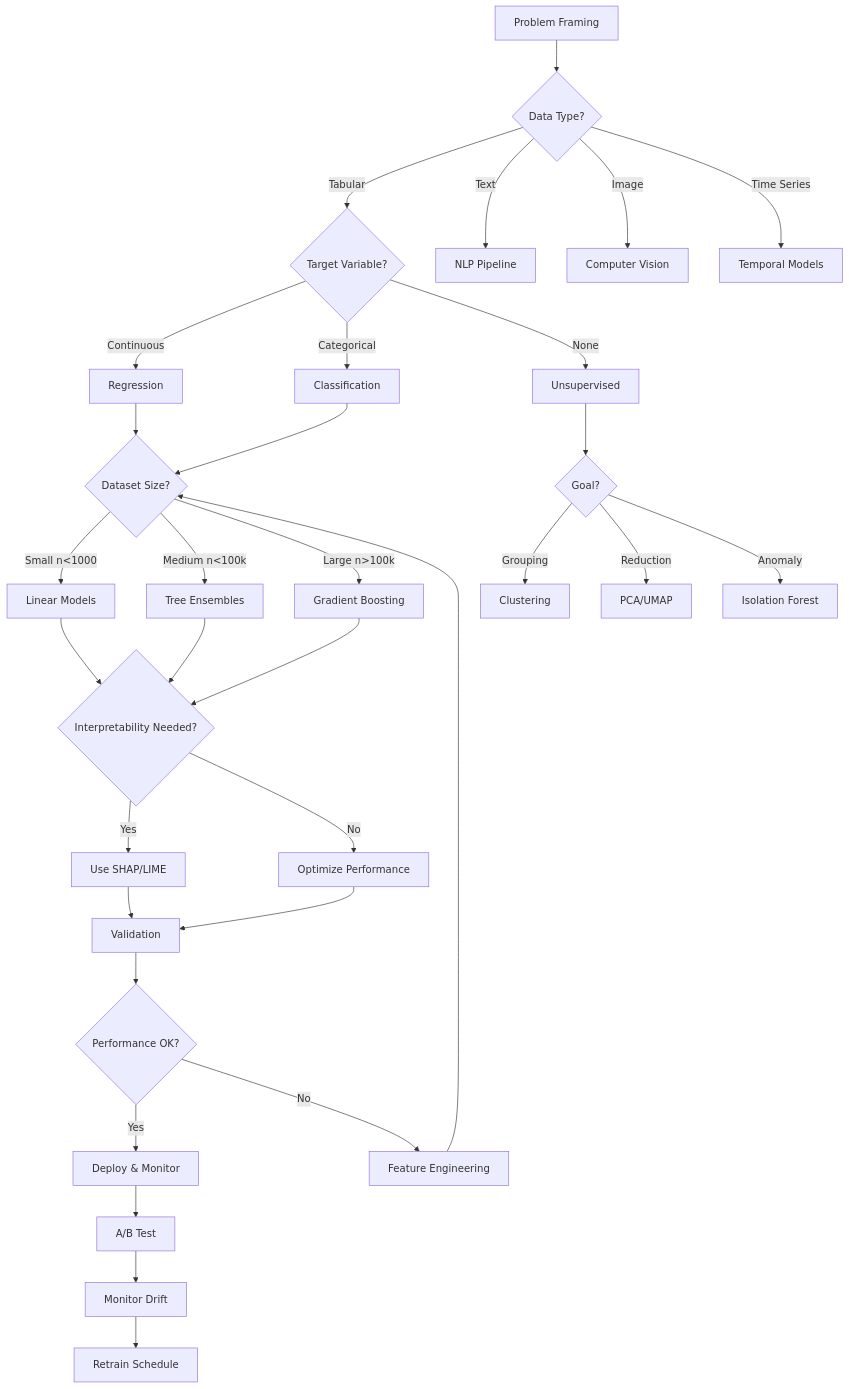
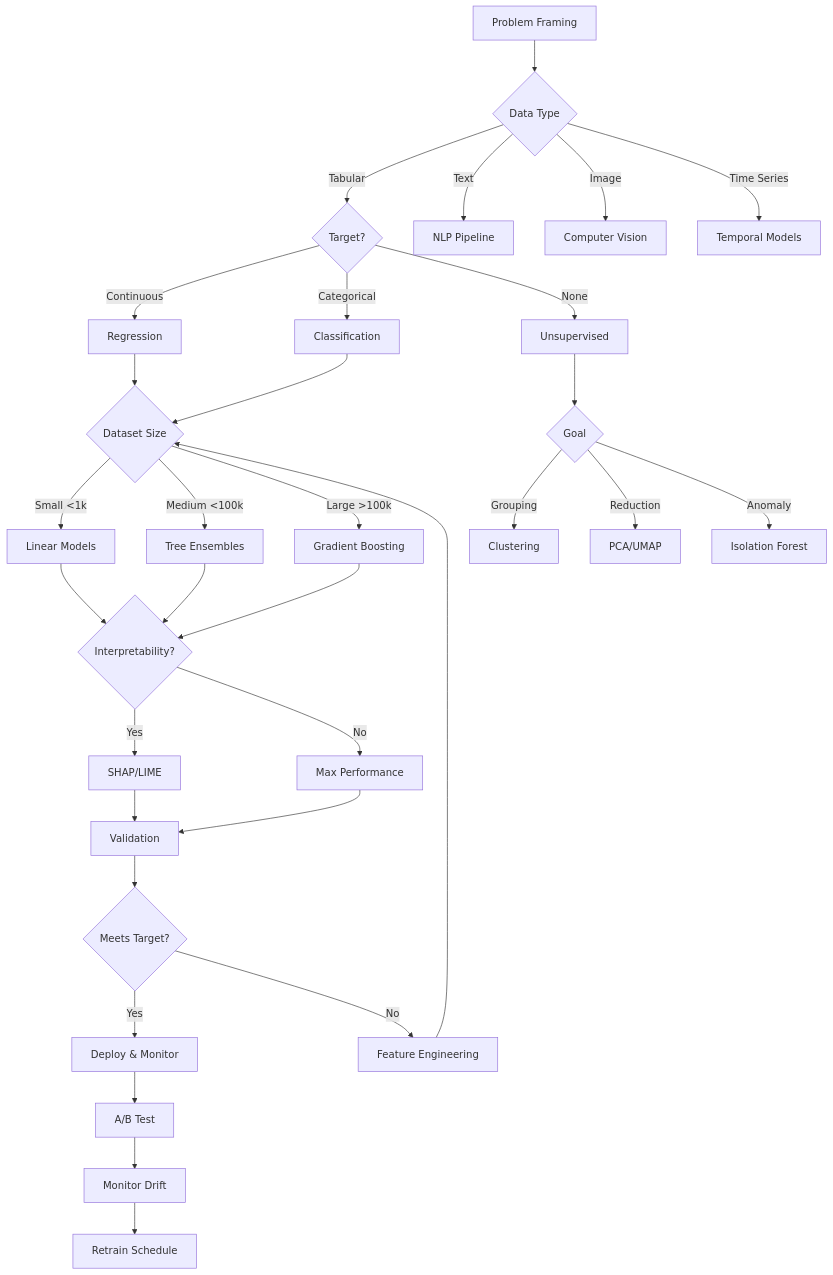
Before and after one commit to Cazzy-Aporbo/PearlMind-ML-Journey: the second of 3 diagrams in README.md, drawn with Mermaid. The commit also changed other lines of this file, not shown here.

````diff
--- a/README.md
+++ b/README.md
@@ -211,43 +142,31 @@
 ```mermaid
-graph TD
-    A[Problem Framing] --> B{Data Type?}
-    B -->|Tabular| C{Target Variable?}
+flowchart TD
+    A[Problem Framing] --> B{Data Type}
+    B -->|Tabular| C{Target?}
     B -->|Text| T[NLP Pipeline]
     B -->|Image| I[Computer Vision]
     B -->|Time Series| TS[Temporal Models]
-    
     C -->|Continuous| D[Regression]
     C -->|Categorical| E[Classification]
     C -->|None| F[Unsupervised]
-    
-    D --> G{Dataset Size?}
+    D --> G{Dataset Size}
     E --> G
-    
-    G -->|Small n<1000| H[Linear Models]
-    G -->|Medium n<100k| J[Tree Ensembles]
-    G -->|Large n>100k| K[Gradient Boosting]
-    
-    H --> L{Interpretability Needed?}
+    G -->|Small <1k| H[Linear Models]
+    G -->|Medium <100k| J[Tree Ensembles]
+    G -->|Large >100k| K[Gradient Boosting]
+    H --> L{Interpretability?}
     J --> L
     K --> L
-    
-    L -->|Yes| M[Use SHAP/LIME]
-    L -->|No| N[Optimize Performance]
-    
+    L -->|Yes| M[SHAP/LIME]
+    L -->|No| N[Max Performance]
     M --> O[Validation]
     N --> O
-    
-    O --> P{Performance OK?}
+    O --> P{Meets Target?}
     P -->|Yes| Q[Deploy & Monitor]
-    P -->|No| R[Feature Engineering]
-    R --> G
-    
-    F --> S{Goal?}
+    P -->|No| R[Feature Engineering] --> G
+    F --> S{Goal}
     S -->|Grouping| U[Clustering]
     S -->|Reduction| V[PCA/UMAP]
     S -->|Anomaly| W[Isolation Forest]
-    
-    Q --> X[A/B Test]
-    X --> Y[Monitor Drift]
-    Y --> Z[Retrain Schedule]
+    Q --> X[A/B Test] --> Y[Monitor Drift] --> Z[Retrain Schedule]
 ```
````
